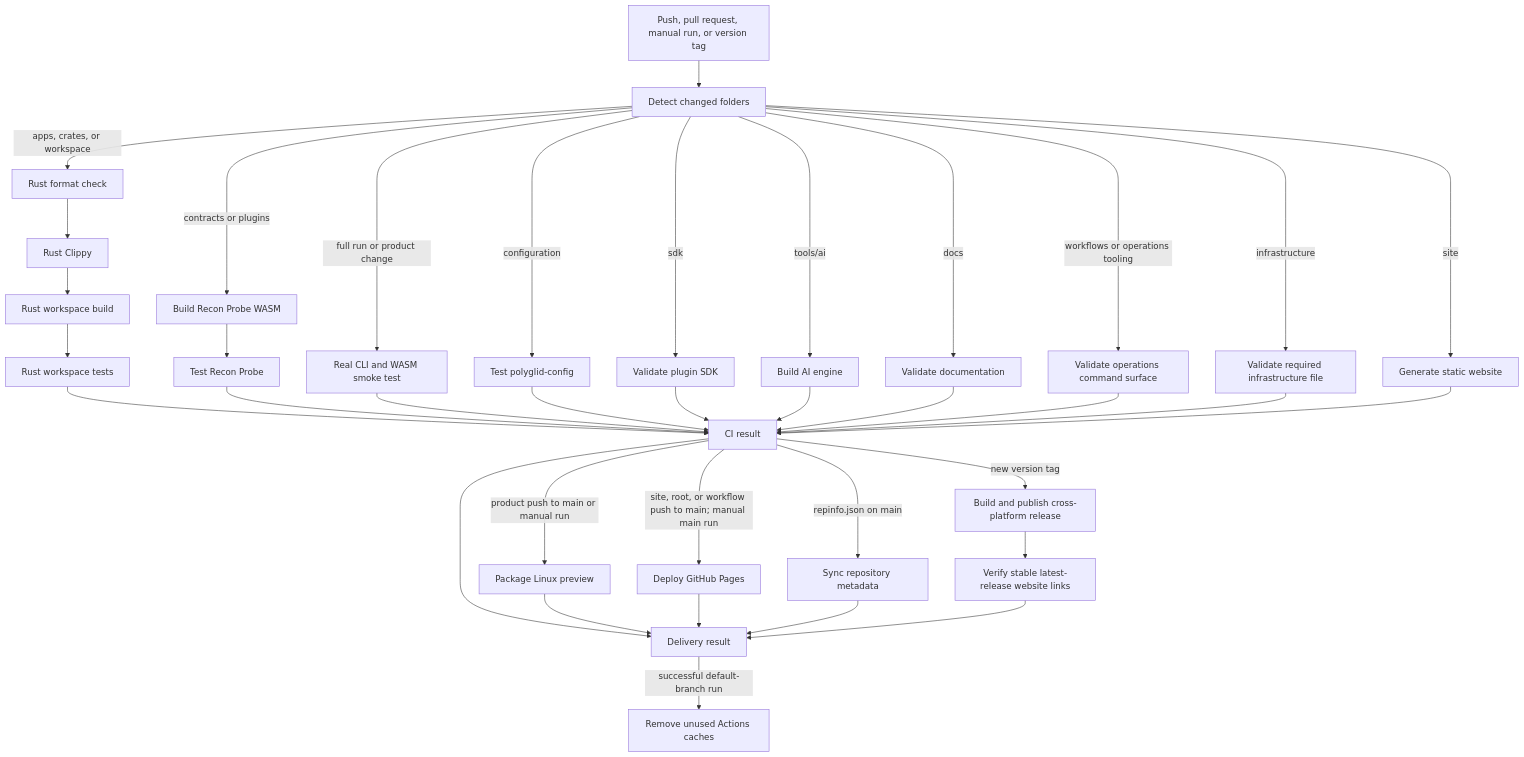
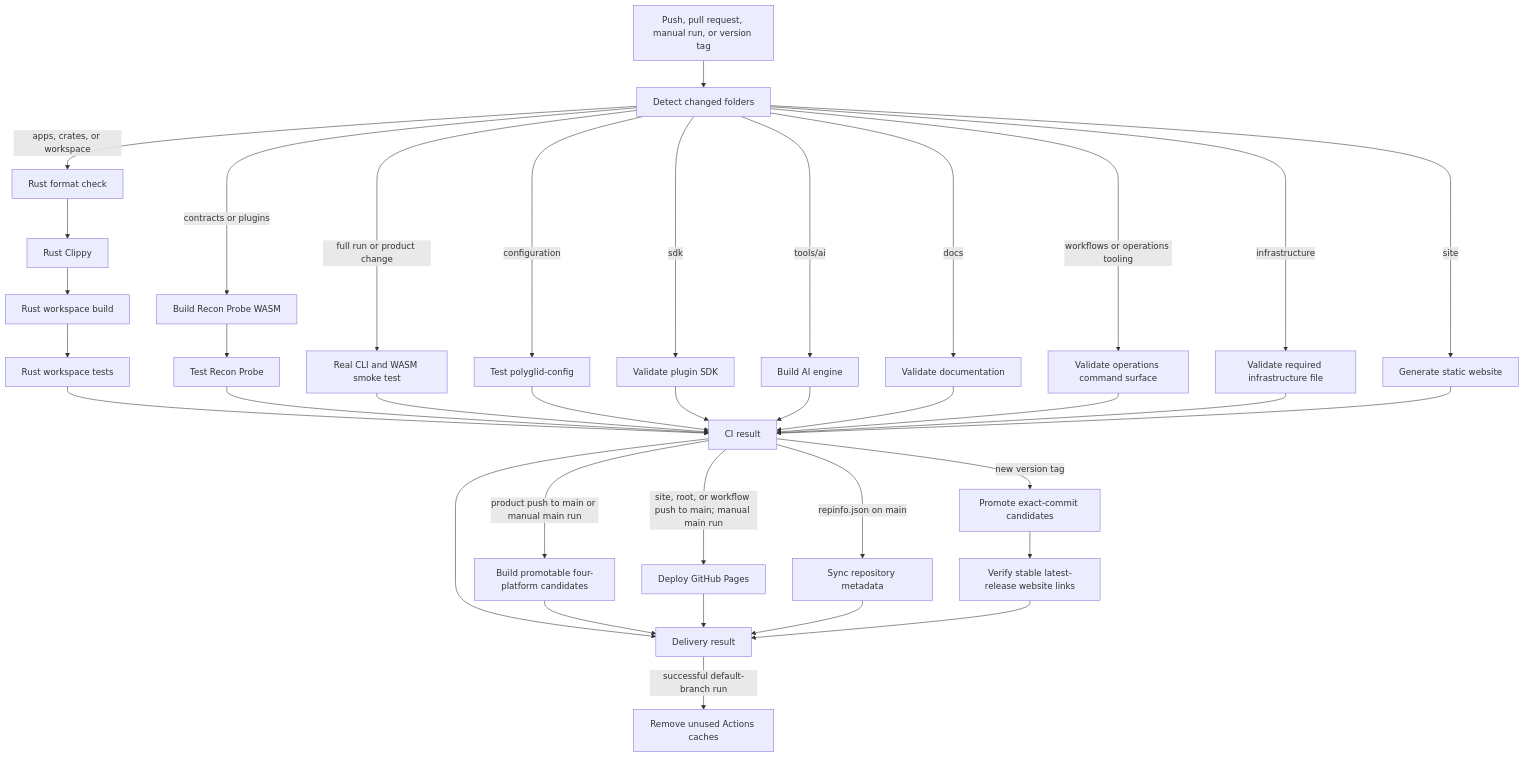
One commit to anonto42/poly.glid_security_workspace changed the third of 4 diagrams in docs/architecture/PROJECT_FLOW.md. Above: the diagram before and after it, drawn with Mermaid. The commit also changed other lines of this file and 9 other files, not shown here.

Commit message:
perf(ci): streamline candidate and release delivery

````diff
--- a/docs/architecture/PROJECT_FLOW.md
+++ b/docs/architecture/PROJECT_FLOW.md
@@ -64,45 +64,45 @@
 ```mermaid
 flowchart TD
     Event[Push, pull request, manual run, or version tag] --> Detect[Detect changed folders]
 
     Detect -->|apps, crates, or workspace| Format[Rust format check]
     Format --> Clippy[Rust Clippy]
     Clippy --> Build[Rust workspace build]
     Build --> Tests[Rust workspace tests]
 
     Detect -->|contracts or plugins| WasmBuild[Build Recon Probe WASM]
     WasmBuild --> WasmTest[Test Recon Probe]
 
     Detect -->|configuration| Config[Test polyglid-config]
     Detect -->|sdk| SDK[Validate plugin SDK]
     Detect -->|tools/ai| AI[Build AI engine]
     Detect -->|docs| Docs[Validate documentation]
     Detect -->|workflows or operations tooling| Ops[Validate operations command surface]
     Detect -->|infrastructure| Infra[Validate required infrastructure file]
 
     Detect -->|site| SiteBuild[Generate static website]
     Detect -->|full run or product change| Smoke[Real CLI and WASM smoke test]
 
     Tests --> Result[CI result]
     WasmTest --> Result
     Smoke --> Result
     Config --> Result
     SDK --> Result
     AI --> Result
     Docs --> Result
     Ops --> Result
     Infra --> Result
     SiteBuild --> Result
 
     Result --> DeliveryResult[Delivery result]
-    Result -->|product push to main or manual run| Preview[Package Linux preview]
+    Result -->|product push to main or manual main run| Candidate[Build promotable four-platform candidates]
     Result -->|site, root, or workflow push to main; manual main run| Pages[Deploy GitHub Pages]
     Result -->|repinfo.json on main| Metadata[Sync repository metadata]
-    Result -->|new version tag| Release[Build and publish cross-platform release]
+    Result -->|new version tag| Release[Promote exact-commit candidates]
     Release --> Latest[Verify stable latest-release website links]
-    Preview --> DeliveryResult
+    Candidate --> DeliveryResult
     Pages --> DeliveryResult
     Metadata --> DeliveryResult
     Latest --> DeliveryResult
     DeliveryResult -->|successful default-branch run| Cache[Remove unused Actions caches]
 ```
````
